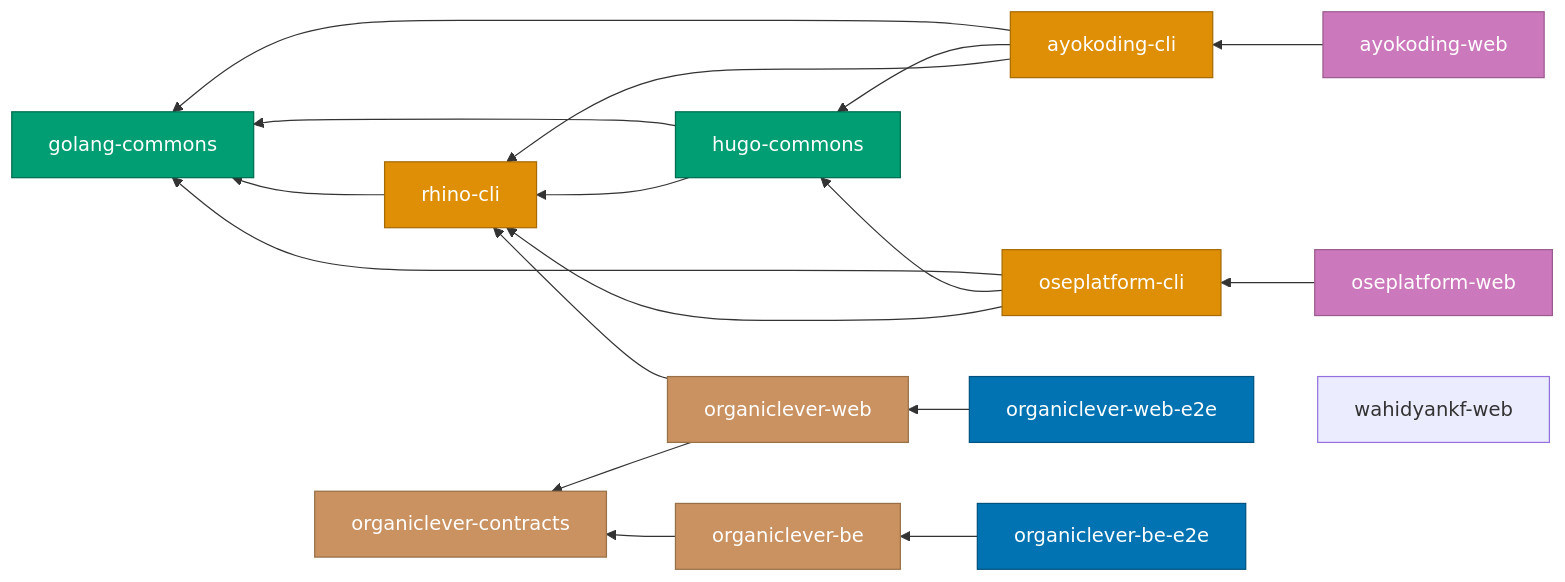
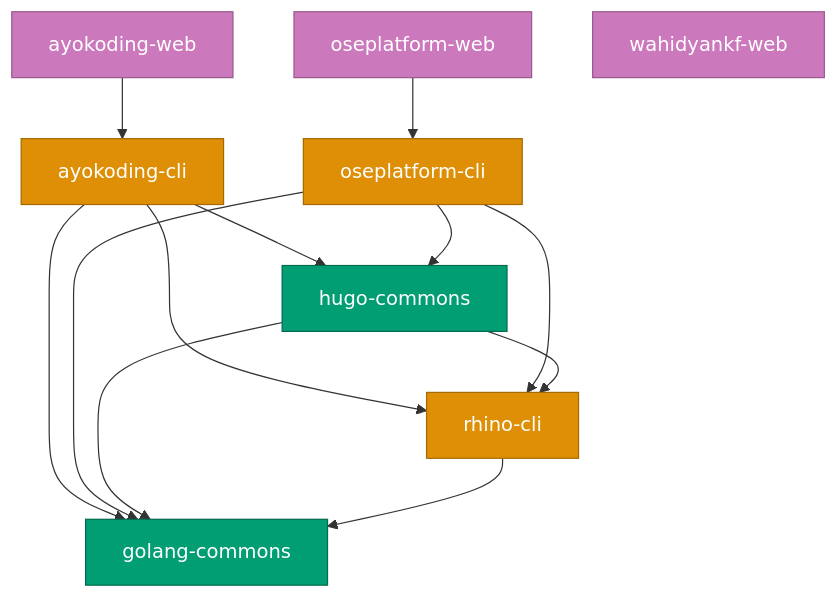
Before and after one commit to wahidyankf/open-sharia-enterprise: the first of 2 diagrams in docs/reference/project-dependency-graph.md, drawn with Mermaid. The commit also changed other lines of this file and 8 other files, not shown here.

First line of the commit message:
fix(docs): fix remaining mermaid violations

````diff
--- a/docs/reference/project-dependency-graph.md
+++ b/docs/reference/project-dependency-graph.md
@@ -55,60 +57,41 @@
 ```mermaid
-graph RL
-  %% Go libs (leaf / near-leaf)
-  GC[golang-commons]
-  HC[hugo-commons]
-
-  %% CLI tools
-  RC[rhino-cli]
-  AKC[ayokoding-cli]
-  OPC[oseplatform-cli]
-
-  %% Content sites
+graph TD
+  %% Content sites (top level)
   AKW[ayokoding-web]
   OPW[oseplatform-web]
   WKF[wahidyankf-web]
 
-  %% OrganicLever
-  OLF[organiclever-web]
-  OLB[organiclever-be]
-  OLC[organiclever-contracts]
-  OLFE2E[organiclever-web-e2e]
-  OLBE2E[organiclever-be-e2e]
+  %% CLI tools
+  AKC[ayokoding-cli]
+  OPC[oseplatform-cli]
+  RC[rhino-cli]
 
-  %% --- Dependency edges ---
+  %% Go libs (leaf / near-leaf)
+  HC[hugo-commons]
+  GC[golang-commons]
 
-  %% Go lib chain
-  RC --> GC
-  HC --> GC
-  HC --> RC
-  AKC --> GC
-  AKC --> HC
-  AKC --> RC
-  OPC --> GC
-  OPC --> HC
-  OPC --> RC
-
-  %% Content sites
+  %% Content site → CLI
   AKW --> AKC
   OPW --> OPC
 
-  %% OrganicLever
-  OLF --> RC
-  OLF --> OLC
-  OLB --> OLC
-  OLFE2E --> OLF
-  OLBE2E --> OLB
+  %% CLI → shared libs
+  AKC --> HC
+  AKC --> RC
+  AKC --> GC
+  OPC --> HC
+  OPC --> RC
+  OPC --> GC
 
-  %% Styles
+  %% Lib chain
+  HC --> RC
+  HC --> GC
+  RC --> GC
+
   classDef lib fill:#029E73,stroke:#016B4E,color:#FFFFFF
   classDef cli fill:#DE8F05,stroke:#A56A04,color:#FFFFFF
   classDef site fill:#CC78BC,stroke:#9A5A8E,color:#FFFFFF
-  classDef product fill:#CA9161,stroke:#977048,color:#FFFFFF
-  classDef e2e fill:#0173B2,stroke:#01537F,color:#FFFFFF
 
   class GC,HC lib
   class RC,AKC,OPC cli
-  class AKW,OPW site
-  class OLF,OLB,OLC product
-  class OLFE2E,OLBE2E e2e
+  class AKW,OPW,WKF site
 ```
````
